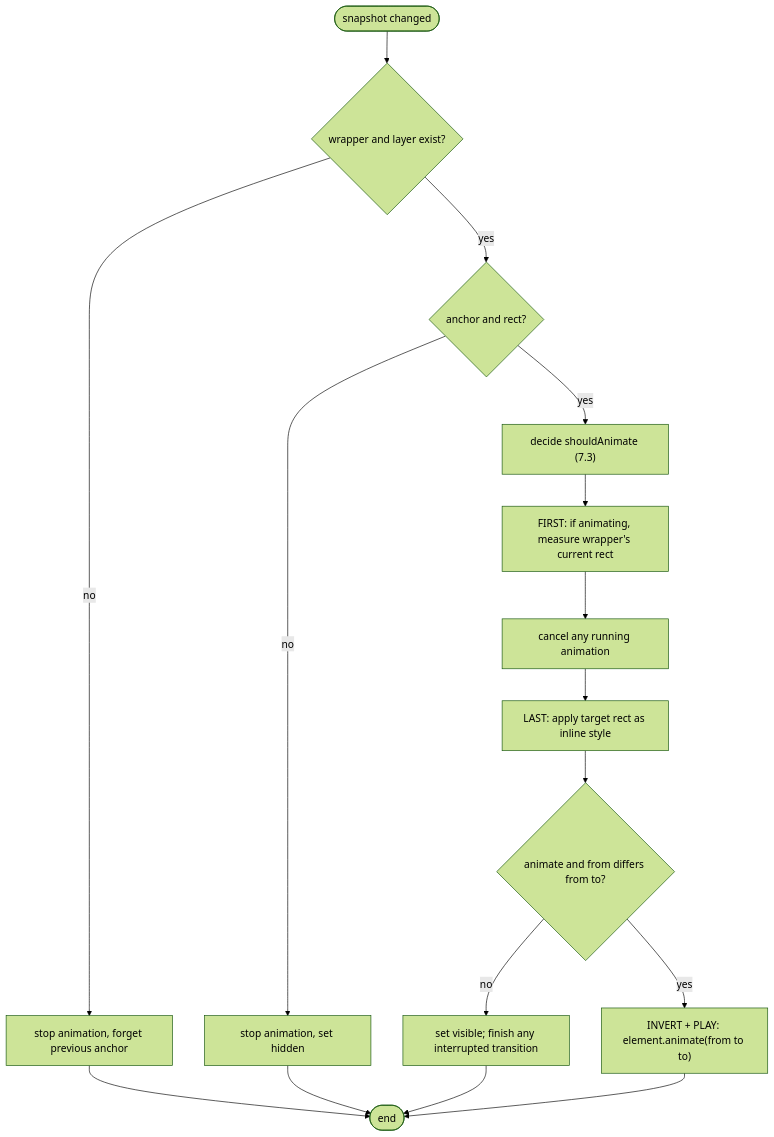
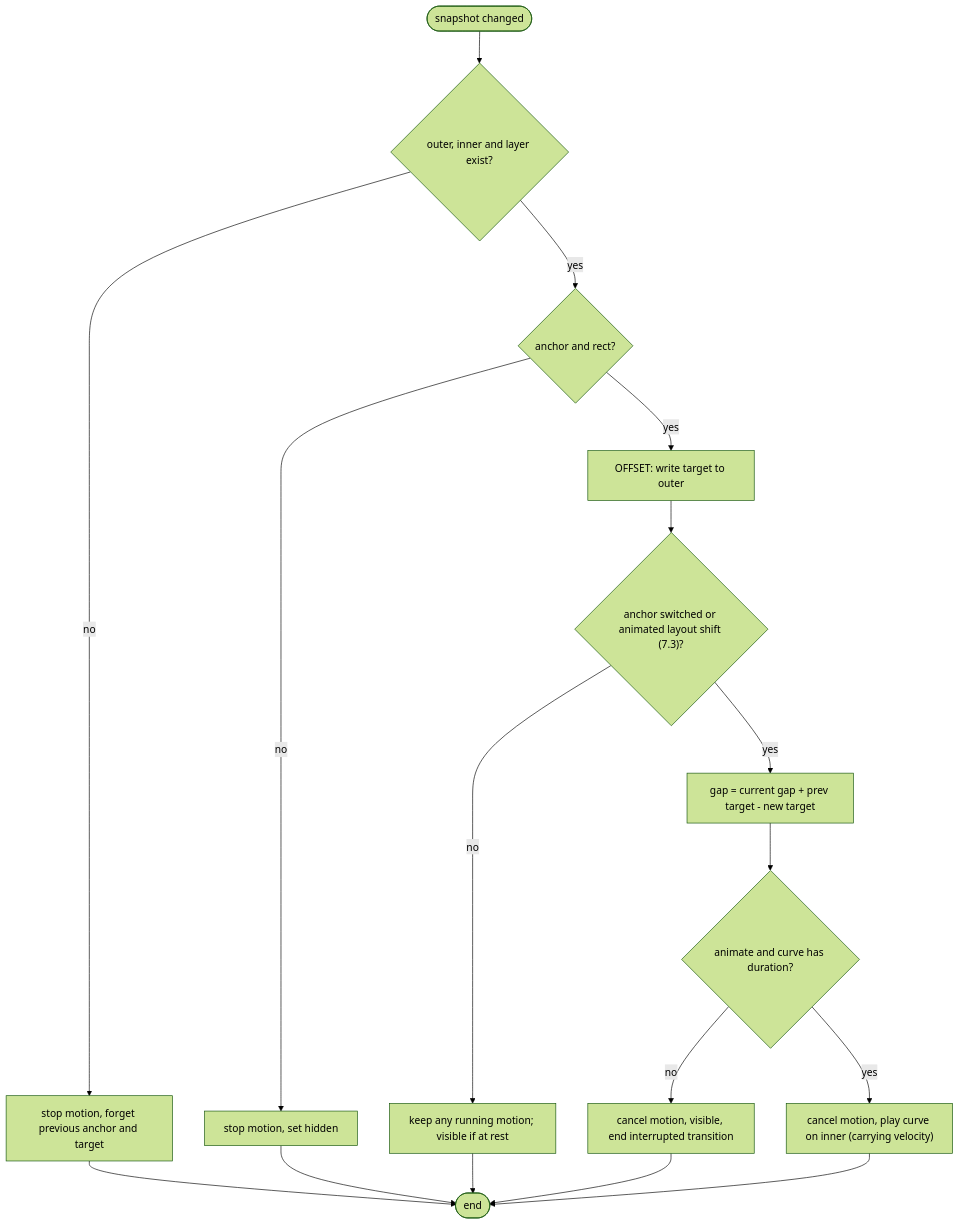
The fourth of 5 diagrams in docs/ARCHITECTURE.md (ryumy97/floaty), drawn with Mermaid (forest theme) before and after one commit. The commit also changed other lines of this file and 12 other files, not shown here.

````diff
--- a/docs/ARCHITECTURE.md
+++ b/docs/ARCHITECTURE.md
@@ -286,14 +330,14 @@
 ```mermaid
 flowchart TD
-  start([snapshot changed]) --> hasEl{"wrapper and layer exist?"}
-  hasEl -- no --> resetPrev["stop animation, forget previous anchor"] --> done([end])
+  start([snapshot changed]) --> hasEl{"outer, inner and layer exist?"}
+  hasEl -- no --> resetPrev["stop motion, forget previous anchor and target"] --> done([end])
   hasEl -- yes --> hasAnchor{"anchor and rect?"}
-  hasAnchor -- no --> hide["stop animation, set hidden"] --> done
-  hasAnchor -- yes --> decide["decide shouldAnimate (7.3)"]
-  decide --> first["FIRST: if animating, measure wrapper's current rect"]
-  first --> cancel["cancel any running animation"]
-  cancel --> last["LAST: apply target rect as inline style"]
-  last --> needAnim{"animate and from differs from to?"}
-  needAnim -- no --> visible["set visible; finish any interrupted transition"] --> done
-  needAnim -- yes --> play["INVERT + PLAY: element.animate(from to to)"] --> done
+  hasAnchor -- no --> hide["stop motion, set hidden"] --> done
+  hasAnchor -- yes --> offset["OFFSET: write target to outer"]
+  offset --> retarget{"anchor switched or animated layout shift (7.3)?"}
+  retarget -- no --> keep["keep any running motion; visible if at rest"] --> done
+  retarget -- yes --> gap["gap = current gap + prev target - new target"]
+  gap --> curve{"animate and curve has duration?"}
+  curve -- no --> snap["cancel motion, visible, end interrupted transition"] --> done
+  curve -- yes --> play["cancel motion, play curve on inner (carrying velocity)"] --> done
 ```
````
